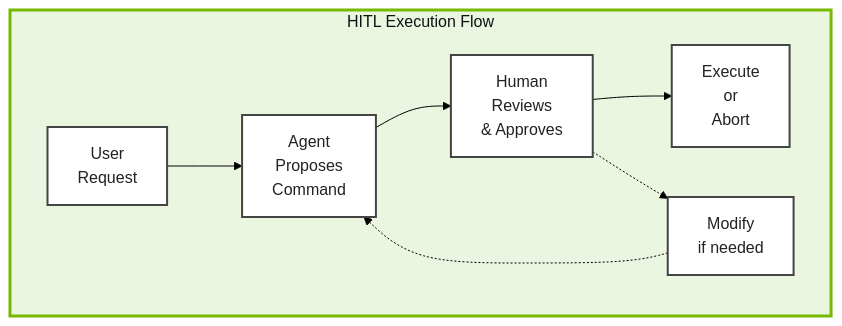
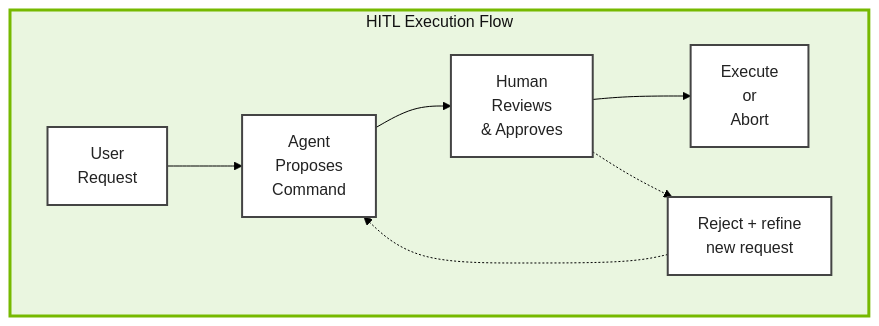
The diagram in .devx/4-agent-customization/img/hitl_flow.mmd (brevdev/workshop-build-an-agent), drawn with Mermaid before and after one commit. The commit also changed 327 other files, not shown here.

```diff
--- a/.devx/4-agent-customization/img/hitl_flow.mmd
+++ b/.devx/4-agent-customization/img/hitl_flow.mmd
@@ -1,20 +1,20 @@
 ---
 config:
   theme: 'base'
   themeVariables:
     primaryColor: '#eaf6e0'
     secondaryColor: '#eaf6e0'
     background: white
 ---
 
 flowchart LR
 
     subgraph hitl[HITL Execution Flow]
         direction LR
         request[User<br />Request] --> propose[Agent<br />Proposes<br />Command] --> review[Human<br />Reviews<br />& Approves] --> execute[Execute<br />or<br />Abort]
-        review -.-> modify[Modify<br />if needed]
+        review -.-> modify[Reject + refine<br />new request]
         modify -.-> propose
     end
 
     classDef node fill:#fff,stroke:#444,stroke-width:2px,color:#222;
     classDef cluster fill:#eaf6e0,stroke:#76b900,stroke-width:3px,color:#111,rounded corners,shadow;
```
